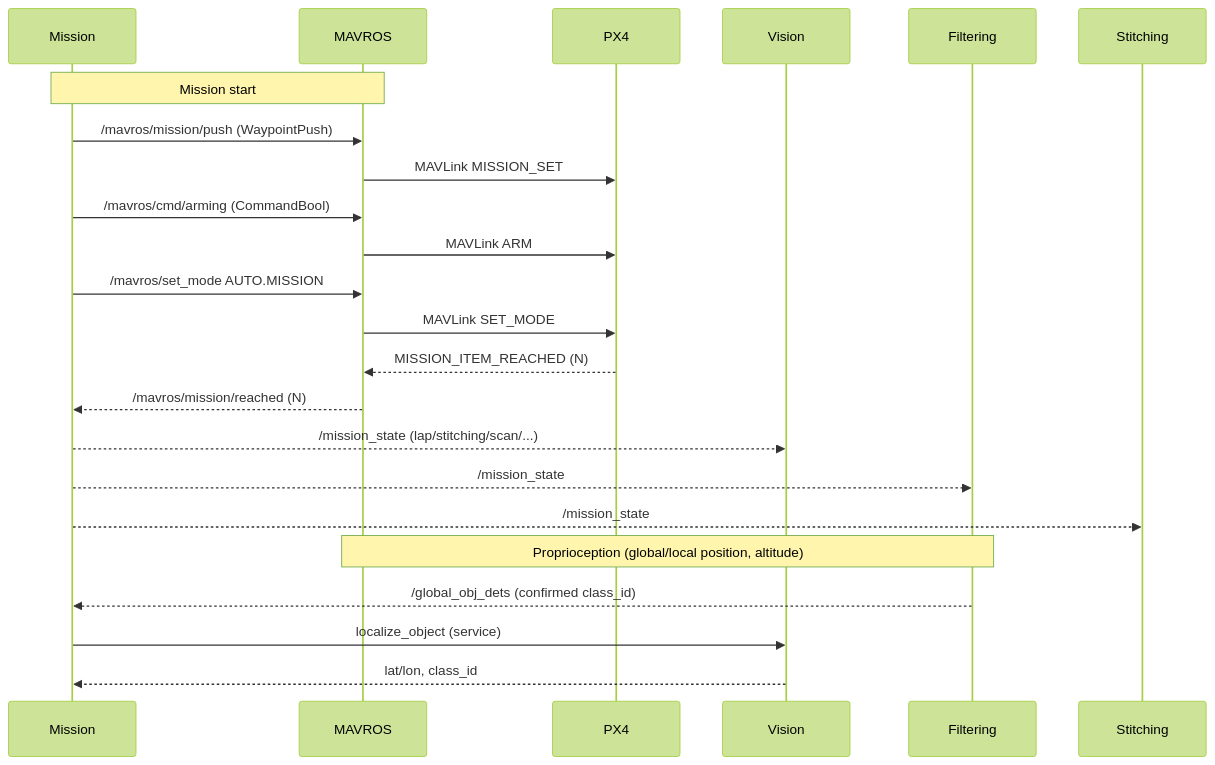
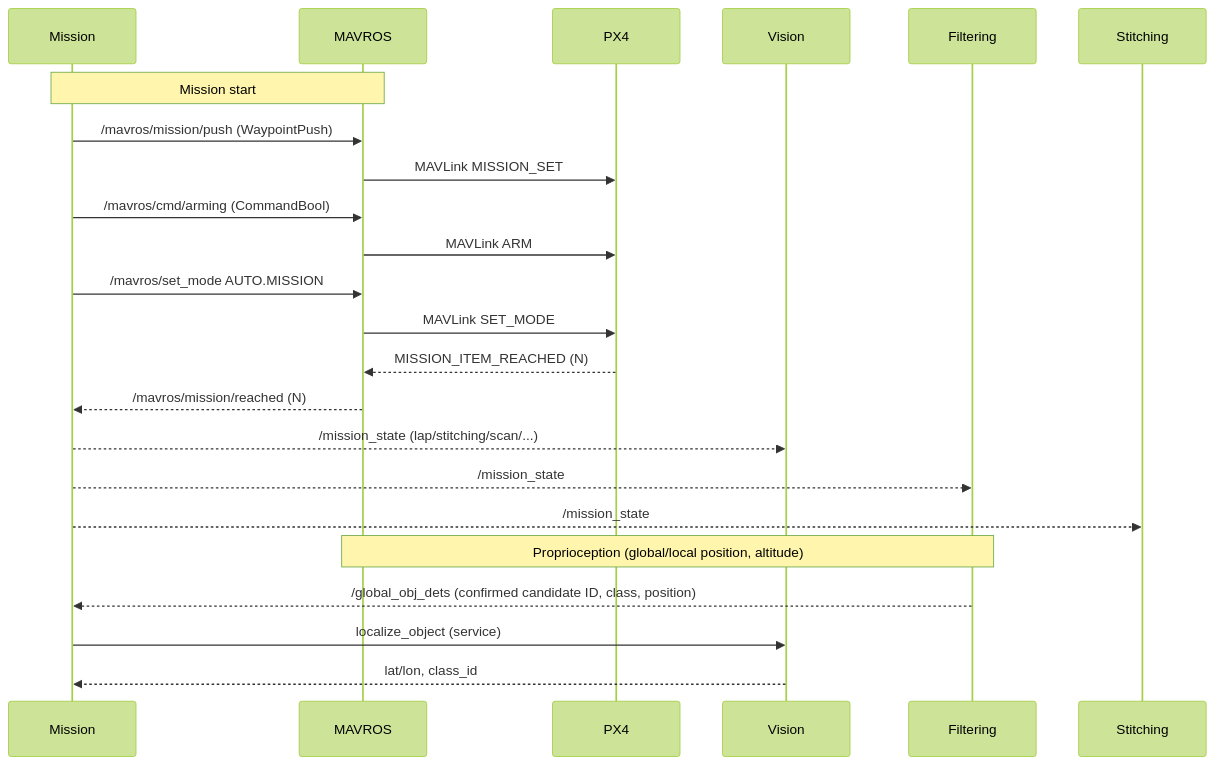
One commit to BuckeyeVertical/bv_core changed the fourth of 4 diagrams in README.md. Above: the diagram before and after it, drawn with Mermaid (forest theme). The commit also changed other lines of this file and 8 other files, not shown here.

````diff
--- a/README.md
+++ b/README.md
@@ -132,25 +132,25 @@
 ```mermaid
 sequenceDiagram
 	participant Mission
 	participant MAVROS
 	participant PX4
 	participant Vision
 	participant Filtering
 	participant Stitching
 	Note over Mission,MAVROS: Mission start
 	Mission->>MAVROS: /mavros/mission/push (WaypointPush)
 	MAVROS->>PX4: MAVLink MISSION_SET
 	Mission->>MAVROS: /mavros/cmd/arming (CommandBool)
 	MAVROS->>PX4: MAVLink ARM
 	Mission->>MAVROS: /mavros/set_mode AUTO.MISSION
 	MAVROS->>PX4: MAVLink SET_MODE
 	PX4-->>MAVROS: MISSION_ITEM_REACHED (N)
 	MAVROS-->>Mission: /mavros/mission/reached (N)
 	Mission-->>Vision: /mission_state (lap/stitching/scan/...)
 	Mission-->>Filtering: /mission_state
 	Mission-->>Stitching: /mission_state
 		Note over MAVROS,Filtering: Proprioception (global/local position, altitude)
-	Filtering-->>Mission: /global_obj_dets (confirmed class_id)
+	Filtering-->>Mission: /global_obj_dets (confirmed candidate ID, class, position)
 	Mission->>Vision: localize_object (service)
 	Vision-->>Mission: lat/lon, class_id
 ```
````
